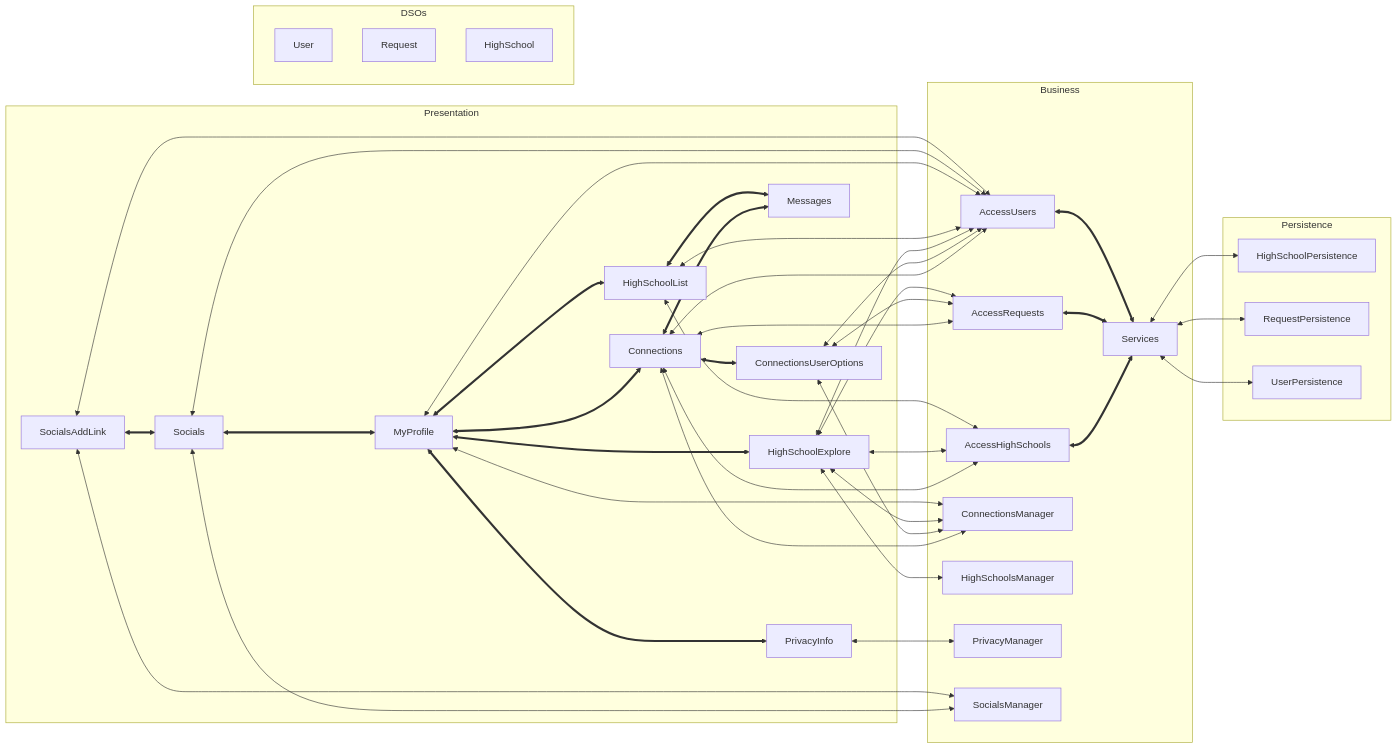
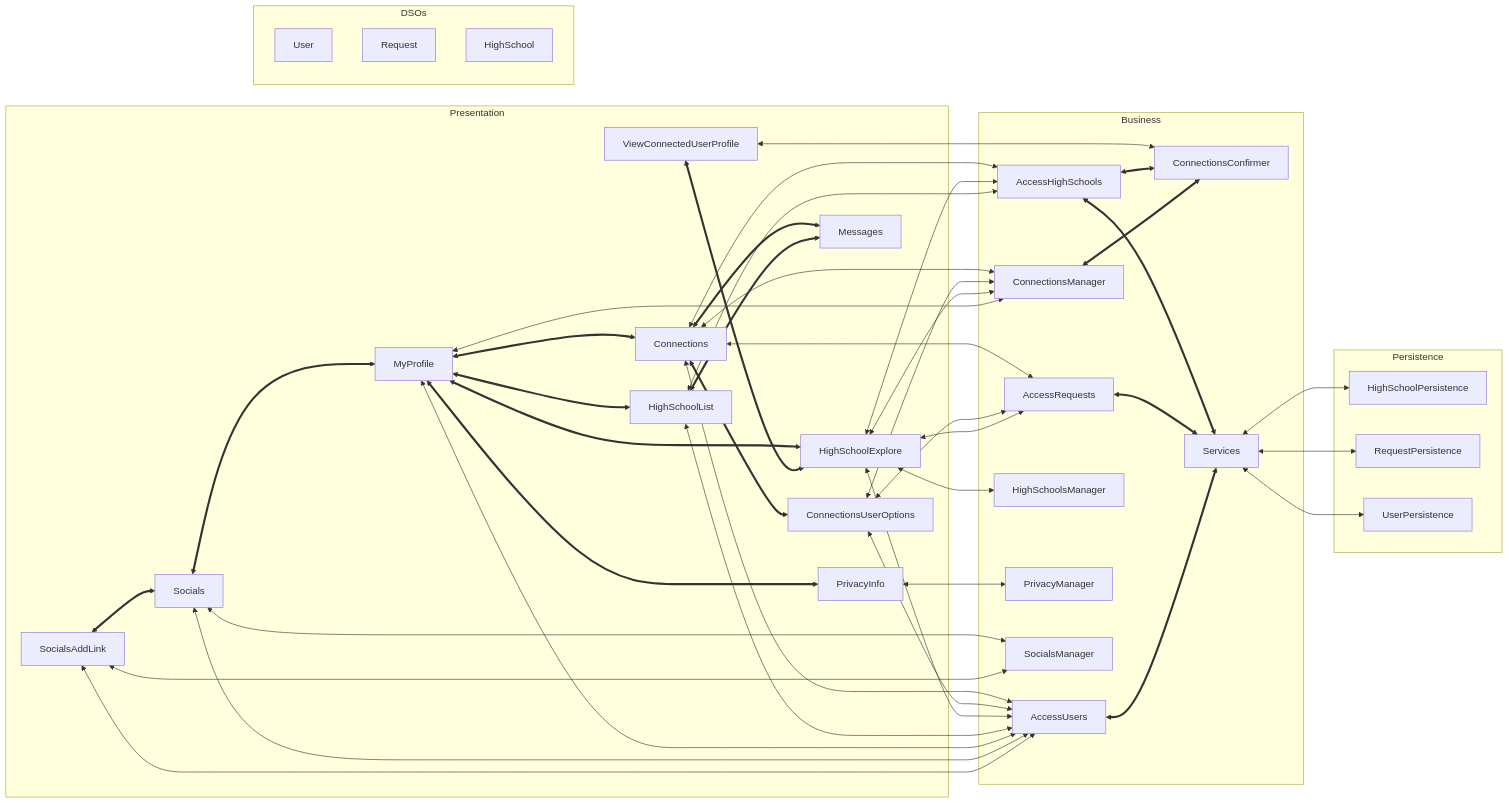
The diagram in docs/ARCHITECTURE.md (khaledElgohary/high-school-hub), drawn with Mermaid before and after one commit. The commit also changed other lines of this file, not shown here.

````diff
--- a/docs/ARCHITECTURE.md
+++ b/docs/ARCHITECTURE.md
@@ -4,50 +4,54 @@
 ```mermaid
 %% Note: In case the diagram is not rendering properly, a backup can be found at https://code.cs.umanitoba.ca/3350-summer2023/highschool-hub/-/blob/main/docs/mermaid-diagram-backup.png.
 
   flowchart LR
     %% Links between nodes of different subgraphs
     Connections <--> AccessHighSchools & AccessRequests & AccessUsers & ConnectionsManager
     ConnectionsUserOptions <--> AccessRequests & AccessUsers & ConnectionsManager
     HighSchoolExplore <--> AccessHighSchools & AccessRequests & AccessUsers & ConnectionsManager & HighSchoolsManager
     HighSchoolList <---> AccessUsers & AccessHighSchools
     MyProfile <--> AccessUsers & ConnectionsManager
     PrivacyInfo <--> PrivacyManager
     Socials <--> AccessUsers & SocialsManager
     SocialsAddLink <--> AccessUsers & SocialsManager
+    ViewConnectedUserProfile <--> ConnectionsConfirmer
+
 
     Services <--> HighSchoolPersistence & RequestPersistence & UserPersistence
 
     subgraph Presentation
     Connections <==> ConnectionsUserOptions
     MyProfile <==> Connections
     MyProfile <==> HighSchoolExplore
     MyProfile <==> HighSchoolList
     MyProfile <==> PrivacyInfo
     Socials <==> MyProfile
     SocialsAddLink <==> Socials
     Connections & HighSchoolList <==> Messages
+    ViewConnectedUserProfile <==> HighSchoolExplore
     end
 
     subgraph Business
     AccessHighSchools & AccessRequests & AccessUsers <==> Services
     ConnectionsManager
+    AccessHighSchools & ConnectionsManager<==> ConnectionsConfirmer 
     HighSchoolsManager
     PrivacyManager
     SocialsManager
     end
 
     subgraph Persistence
     HighSchoolPersistence
     RequestPersistence
     UserPersistence
     end
 
     subgraph DSOs
     User
     Request
     HighSchool
     end
 
     %% Invisible link(s) to keep graphs together
     DSOs ~~~ Presentation
 ```
````
